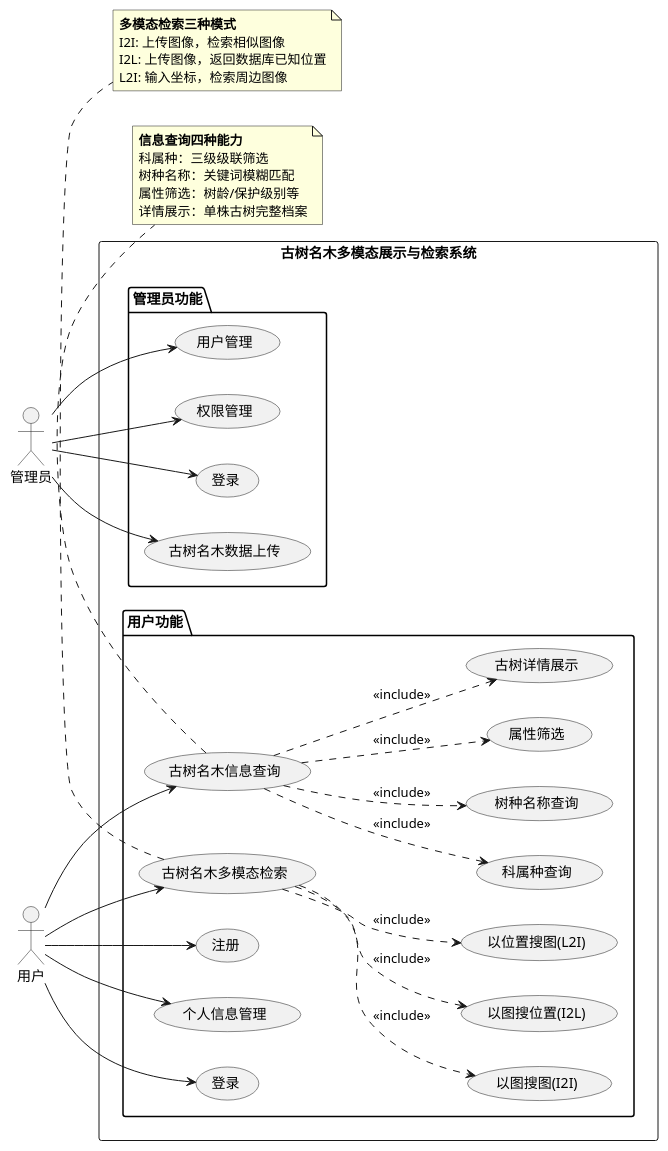
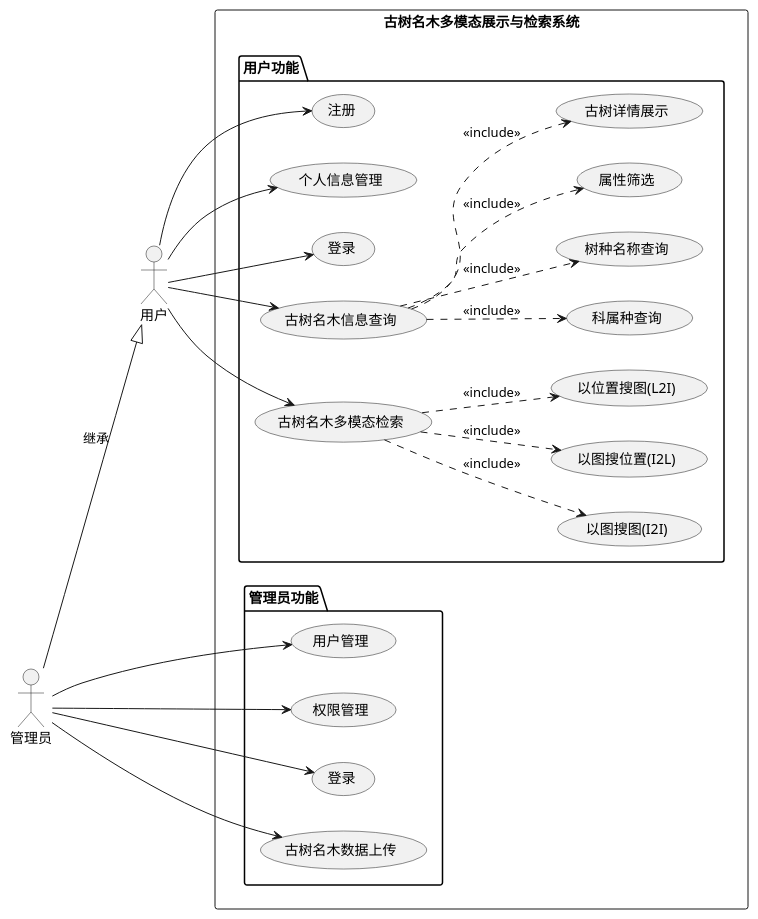
Before and after one commit to ssl1995/imooc-wiki: the diagram in word/第4章/图4.1 系统用例图.puml, drawn with PlantUML. The commit also changed 6 other files, not shown here.

```diff
--- a/word/第4章/图4.1 系统用例图.puml
+++ b/word/第4章/图4.1 系统用例图.puml
@@ -1,70 +1,57 @@
 @startuml
 
 left to right direction
 
+actor "用户" as User
 actor "管理员" as Admin
-actor "用户" as User
+
+Admin --|> User : 继承
 
 rectangle "古树名木多模态展示与检索系统" {
-
-    package "管理员功能" {
-        usecase "用户管理" as UC3
-        usecase "权限管理" as UC4
-        usecase "登录" as UC5
-        usecase "古树名木数据上传" as UC1
-    }
 
     package "用户功能" {
         usecase "注册" as UC6
         usecase "个人信息管理" as UC7
         usecase "登录" as UC5_1
 
         usecase "古树名木信息查询" as UC8
         usecase "科属种查询" as UC8_1
         usecase "树种名称查询" as UC8_2
         usecase "属性筛选" as UC8_3
         usecase "古树详情展示" as UC8_4
 
         usecase "古树名木多模态检索" as UC9
         usecase "以图搜图(I2I)" as UC9_1
         usecase "以图搜位置(I2L)" as UC9_2
         usecase "以位置搜图(L2I)" as UC9_3
     }
+
+    package "管理员功能" {
+        usecase "用户管理" as UC3
+        usecase "权限管理" as UC4
+        usecase "登录" as UC5
+        usecase "古树名木数据上传" as UC1
+    }
 }
-
-Admin --> UC1
-Admin --> UC3
-Admin --> UC4
-Admin --> UC5
 
 User --> UC5_1
 User --> UC6
 User --> UC7
 User --> UC8
 User --> UC9
+
+Admin --> UC1
+Admin --> UC3
+Admin --> UC4
+Admin --> UC5
 
 UC8 ..> UC8_1 : <<include>>
 UC8 ..> UC8_2 : <<include>>
 UC8 ..> UC8_3 : <<include>>
 UC8 ..> UC8_4 : <<include>>
 
 UC9 ..> UC9_1 : <<include>>
 UC9 ..> UC9_2 : <<include>>
 UC9 ..> UC9_3 : <<include>>
 
-note bottom of UC8
-  <b>信息查询四种能力</b>
-  科属种：三级级联筛选
-  树种名称：关键词模糊匹配
-  属性筛选：树龄/保护级别等
-  详情展示：单株古树完整档案
-end note
-
-note bottom of UC9
-  <b>多模态检索三种模式</b>
-  I2I: 上传图像，检索相似图像
-  I2L: 上传图像，返回数据库已知位置
-  L2I: 输入坐标，检索周边图像
-end note
-
 @enduml
```
